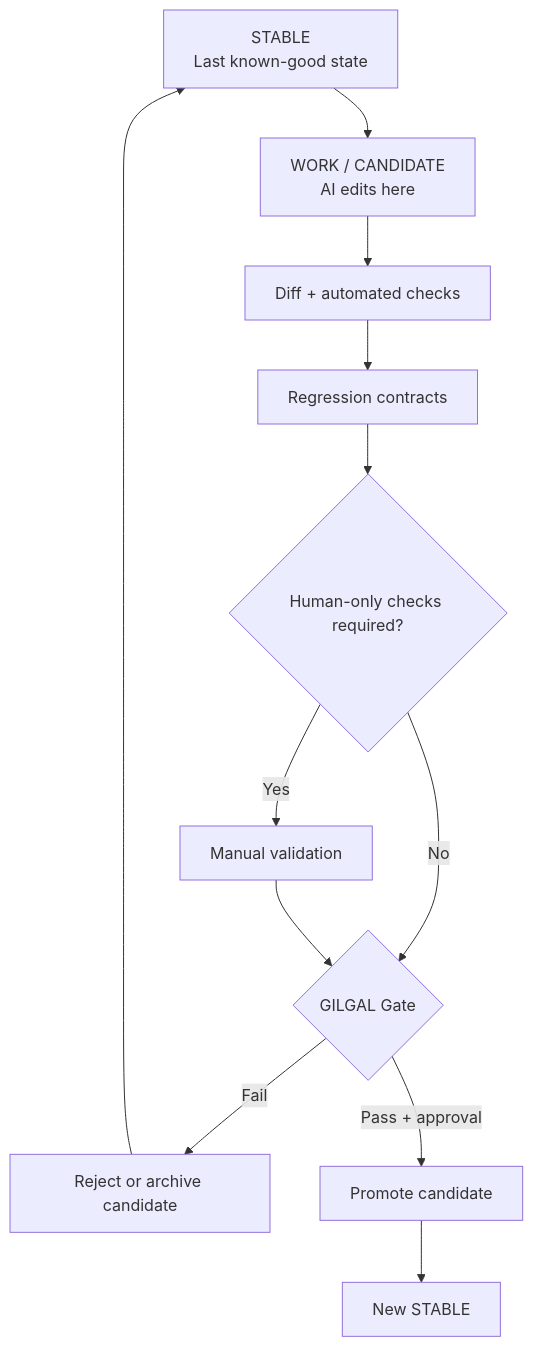
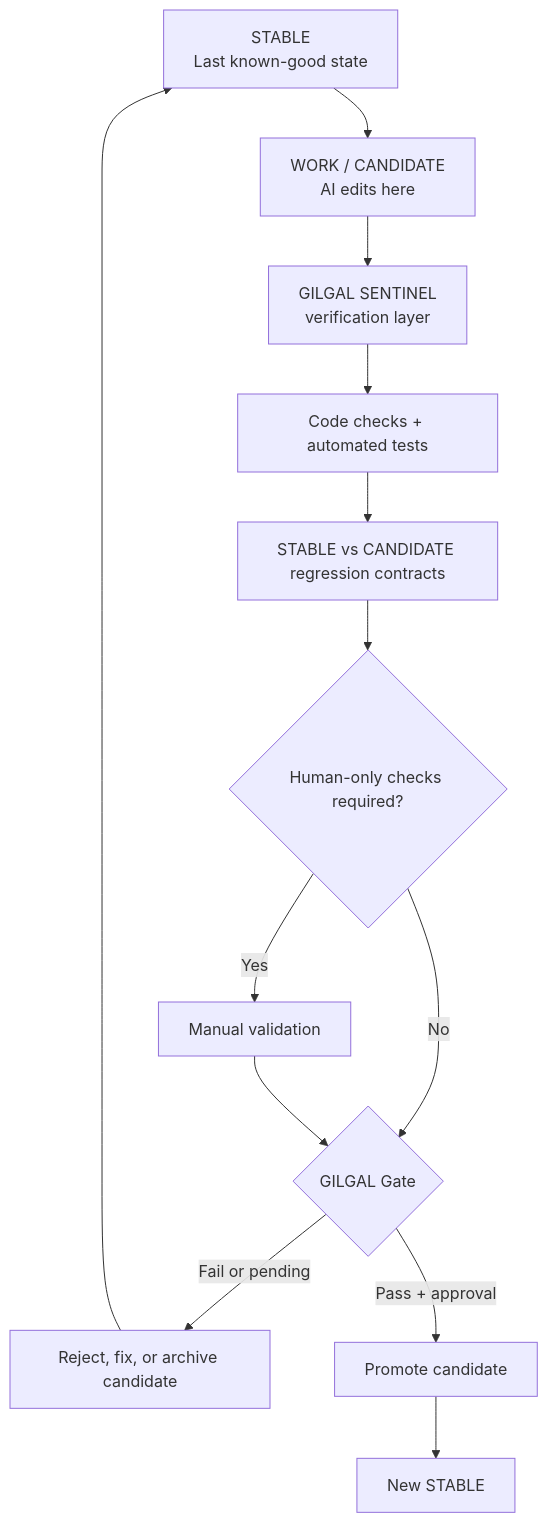
One commit to crentefiel/gilgal-ai-workflow changed the diagram in README.md. Above: the diagram before and after it, drawn with Mermaid. The commit also changed other lines of this file, not shown here.

Commit message:
docs: update README for GILGAL Sentinel 0.2

````diff
--- a/README.md
+++ b/README.md
@@ -62,14 +74,15 @@
 ```mermaid
 flowchart TD
     S[STABLE<br/>Last known-good state] --> W[WORK / CANDIDATE<br/>AI edits here]
-    W --> D[Diff + automated checks]
-    D --> R[Regression contracts]
+    W --> N[GILGAL SENTINEL<br/>verification layer]
+    N --> D[Code checks + automated tests]
+    D --> R[STABLE vs CANDIDATE regression contracts]
     R --> H{Human-only checks required?}
     H -->|Yes| M[Manual validation]
     H -->|No| G{GILGAL Gate}
     M --> G
-    G -->|Fail| F[Reject or archive candidate]
+    G -->|Fail or pending| F[Reject, fix, or archive candidate]
     F --> S
     G -->|Pass + approval| P[Promote candidate]
     P --> S2[New STABLE]
 ```
````
